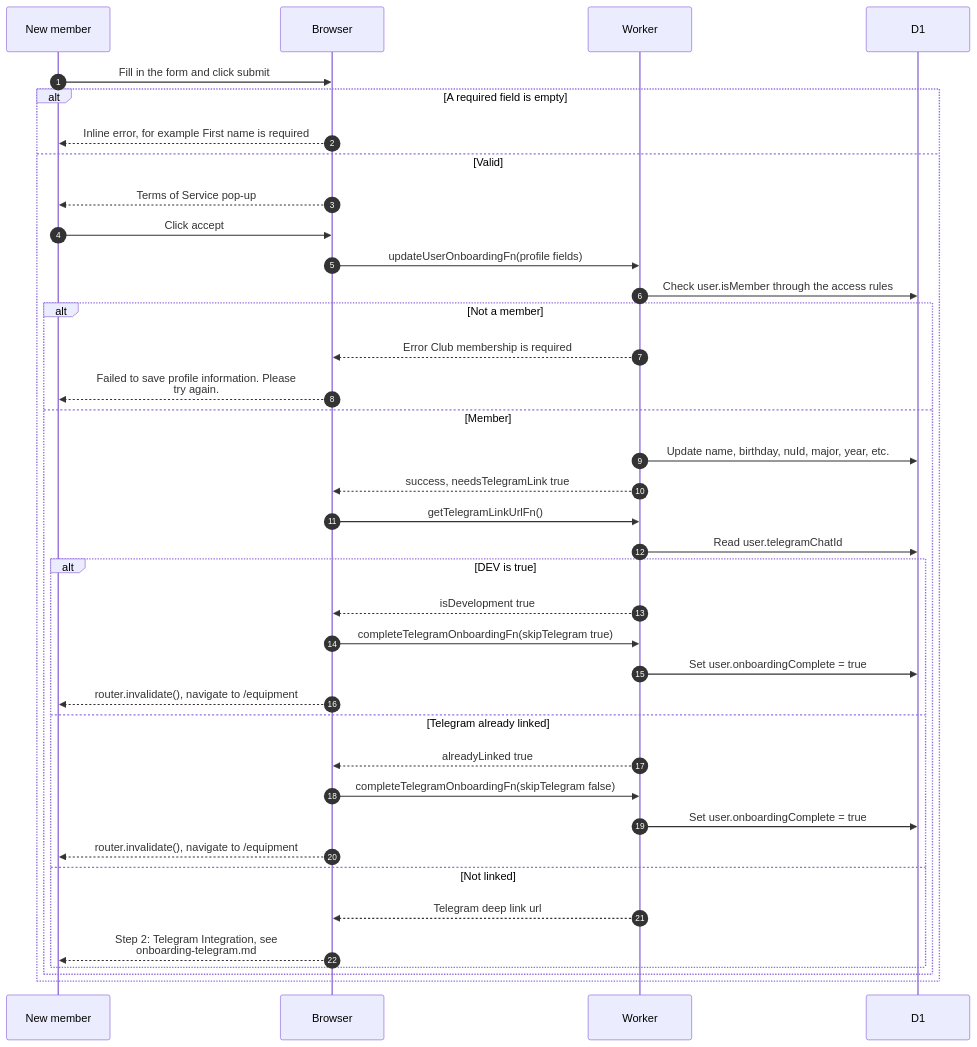
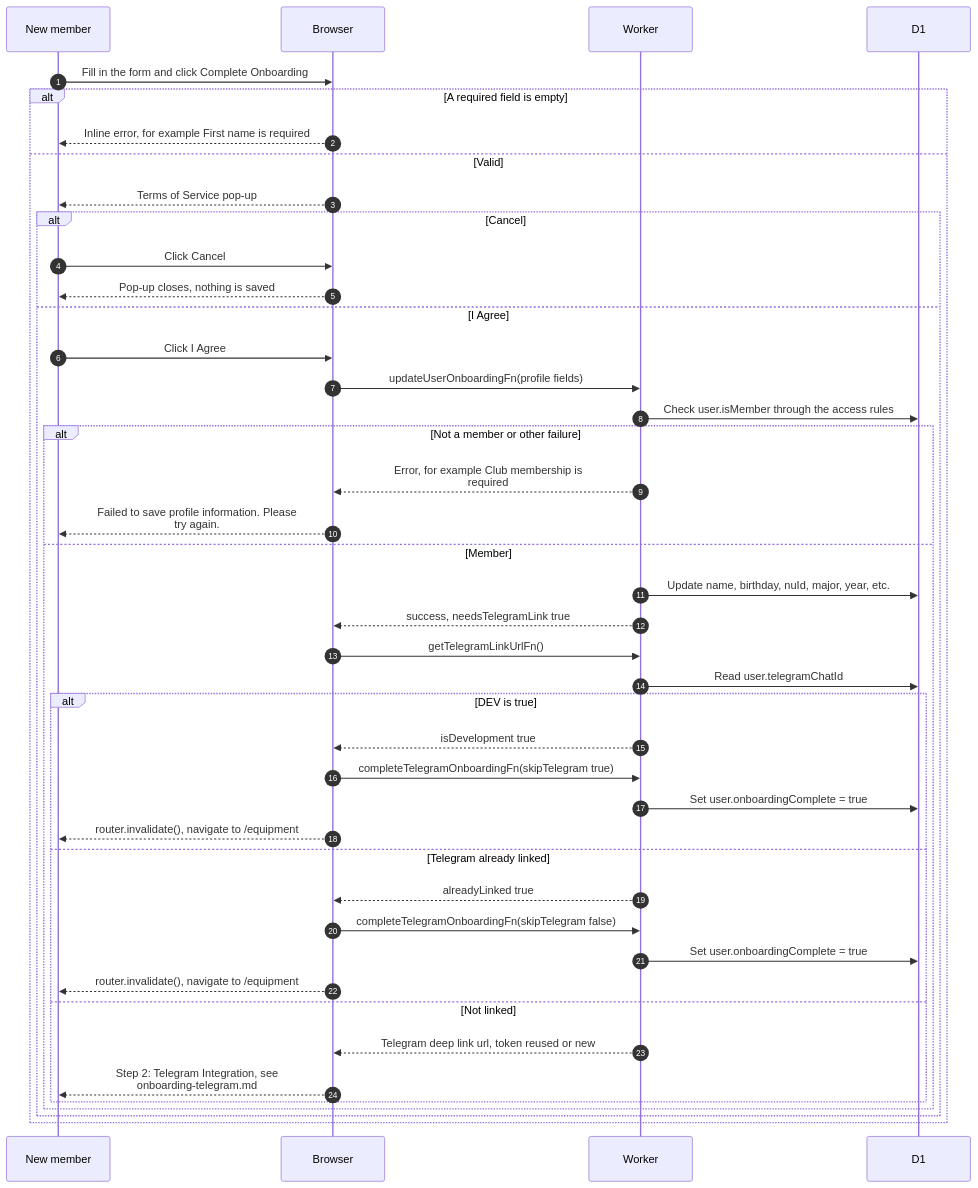
The diagram in docs/scenarios/account/onboarding-profile.md (sagyzdop/meriksirat), drawn with Mermaid before and after one commit. The commit also changed other lines of this file and 12 other files, not shown here.

Commit message:
docs(scenarios): verify account diagrams against the code

````diff
--- a/docs/scenarios/account/onboarding-profile.md
+++ b/docs/scenarios/account/onboarding-profile.md
@@ -28,40 +33,45 @@
 ```mermaid
 sequenceDiagram
     autonumber
     participant P as New member
     participant B as Browser
     participant W as Worker
     participant D as D1
-    P->>B: Fill in the form and click submit
+    P->>B: Fill in the form and click Complete Onboarding
     alt A required field is empty
         B-->>P: Inline error, for example First name is required
     else Valid
         B-->>P: Terms of Service pop-up
-        P->>B: Click accept
-        B->>W: updateUserOnboardingFn(profile fields)
-        W->>D: Check user.isMember through the access rules
-        alt Not a member
-            W-->>B: Error Club membership is required
-            B-->>P: Failed to save profile information. Please<br/>try again.
-        else Member
-            W->>D: Update name, birthday, nuId, major, year, etc.
-            W-->>B: success, needsTelegramLink true
-            B->>W: getTelegramLinkUrlFn()
-            W->>D: Read user.telegramChatId
-            alt DEV is true
-                W-->>B: isDevelopment true
-                B->>W: completeTelegramOnboardingFn(skipTelegram true)
-                W->>D: Set user.onboardingComplete = true
-                B-->>P: router.invalidate(), navigate to /equipment
-            else Telegram already linked
-                W-->>B: alreadyLinked true
-                B->>W: completeTelegramOnboardingFn(skipTelegram false)
-                W->>D: Set user.onboardingComplete = true
-                B-->>P: router.invalidate(), navigate to /equipment
-            else Not linked
-                W-->>B: Telegram deep link url
-                B-->>P: Step 2: Telegram Integration, see<br/>onboarding-telegram.md
+        alt Cancel
+            P->>B: Click Cancel
+            B-->>P: Pop-up closes, nothing is saved
+        else I Agree
+            P->>B: Click I Agree
+            B->>W: updateUserOnboardingFn(profile fields)
+            W->>D: Check user.isMember through the access rules
+            alt Not a member or other failure
+                W-->>B: Error, for example Club membership is<br/>required
+                B-->>P: Failed to save profile information. Please<br/>try again.
+            else Member
+                W->>D: Update name, birthday, nuId, major, year, etc.
+                W-->>B: success, needsTelegramLink true
+                B->>W: getTelegramLinkUrlFn()
+                W->>D: Read user.telegramChatId
+                alt DEV is true
+                    W-->>B: isDevelopment true
+                    B->>W: completeTelegramOnboardingFn(skipTelegram true)
+                    W->>D: Set user.onboardingComplete = true
+                    B-->>P: router.invalidate(), navigate to /equipment
+                else Telegram already linked
+                    W-->>B: alreadyLinked true
+                    B->>W: completeTelegramOnboardingFn(skipTelegram false)
+                    W->>D: Set user.onboardingComplete = true
+                    B-->>P: router.invalidate(), navigate to /equipment
+                else Not linked
+                    W-->>B: Telegram deep link url, token reused or new
+                    B-->>P: Step 2: Telegram Integration, see<br/>onboarding-telegram.md
+                end
             end
         end
     end
 ```
````
